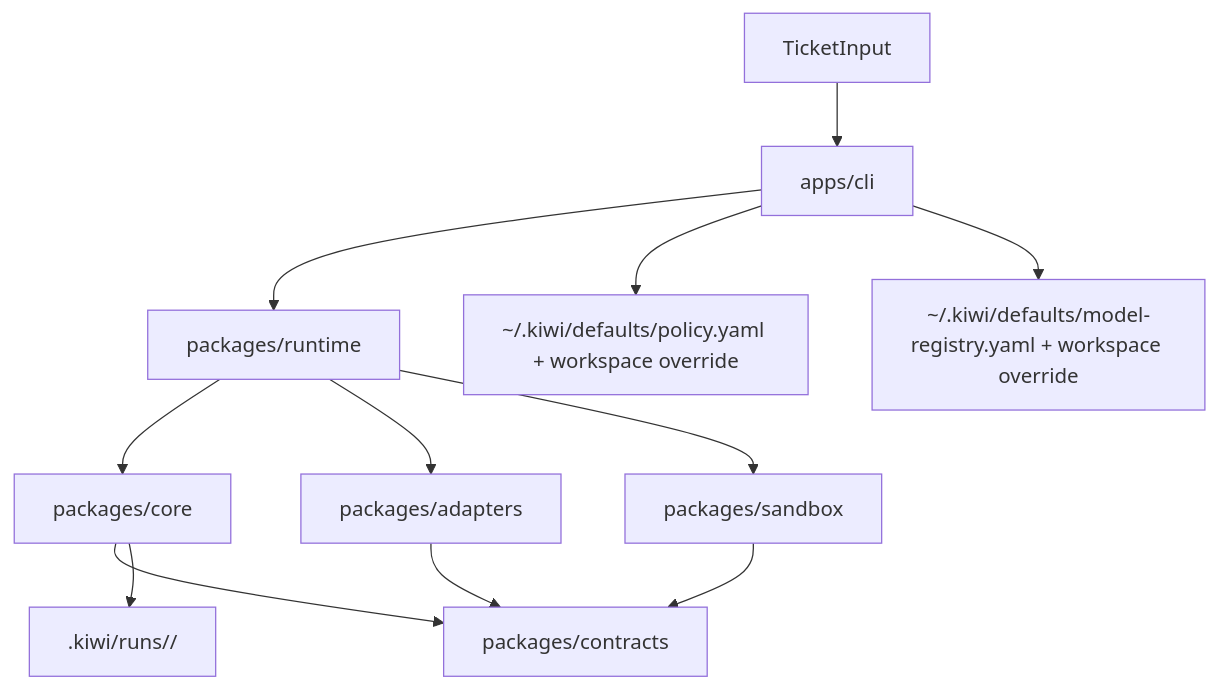
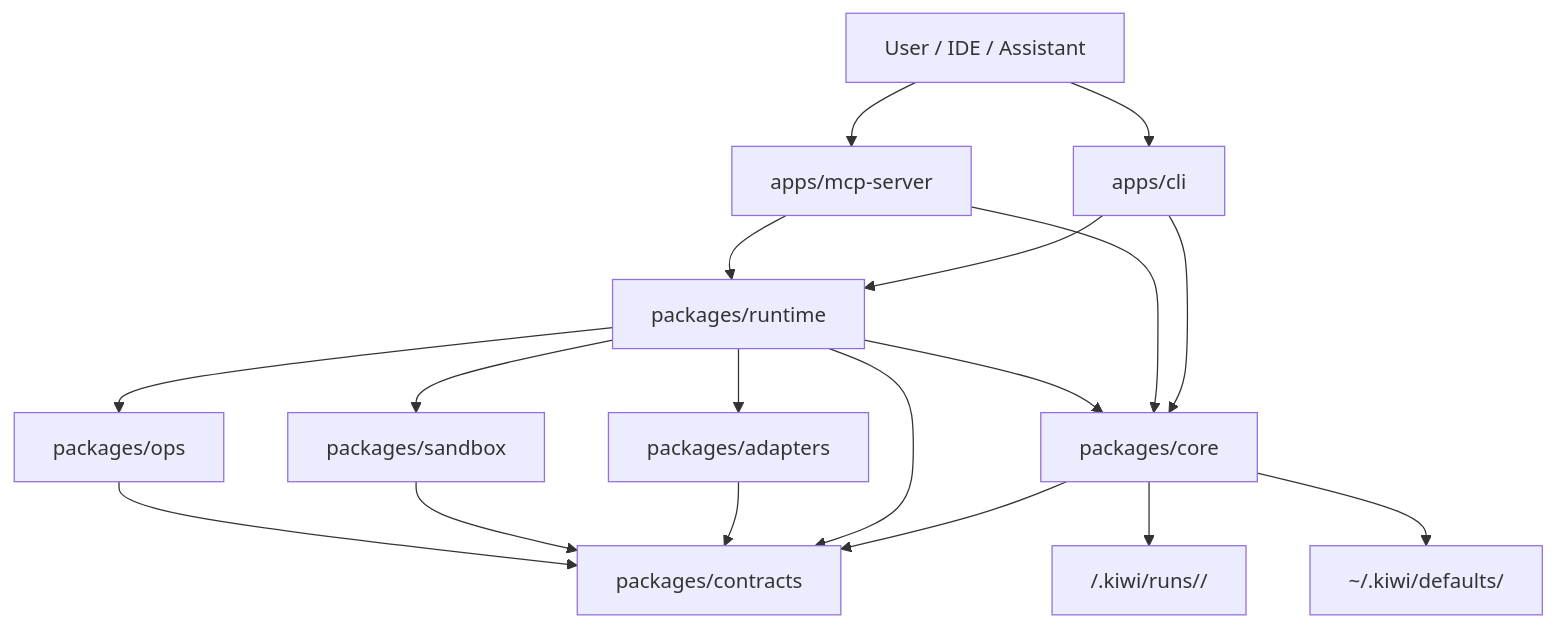
One commit to kiwijuicer/kiwi changed the diagram in docs/architecture.md. Above: the diagram before and after it, drawn with Mermaid. The commit also changed other lines of this file and 20 other files, not shown here.

````diff
--- a/docs/architecture.md
+++ b/docs/architecture.md
@@ -10,14 +13,20 @@
 ```mermaid
 flowchart TD
-  input[TicketInput] --> cli[apps/cli]
+  user[User / IDE / Assistant] --> cli[apps/cli]
+  user --> mcp[apps/mcp-server]
   cli --> runtime[packages/runtime]
-  runtime --> core[packages/core]
+  mcp --> runtime
+  cli --> core[packages/core]
+  mcp --> core
+  runtime --> core
   runtime --> adapters[packages/adapters]
   runtime --> sandbox[packages/sandbox]
+  runtime --> ops[packages/ops]
   core --> contracts[packages/contracts]
+  runtime --> contracts
   adapters --> contracts
   sandbox --> contracts
-  core --> runstore[.kiwi/runs/<run-id>/]
-  cli --> policy[~/.kiwi/defaults/policy.yaml + workspace override]
-  cli --> registry[~/.kiwi/defaults/model-registry.yaml + workspace override]
+  ops --> contracts
+  core --> runstore["<workspace>/.kiwi/runs/<run-id>/"]
+  core --> home["~/.kiwi/defaults/"]
 ```
````
